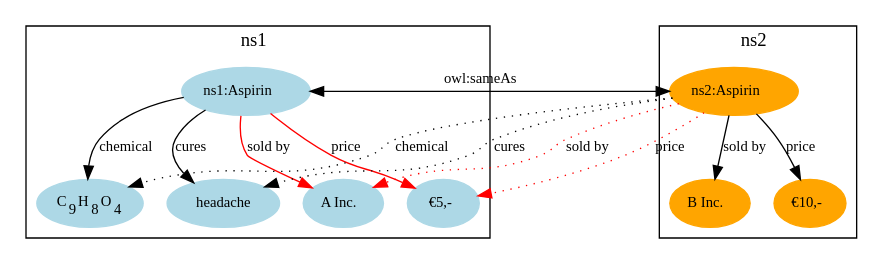
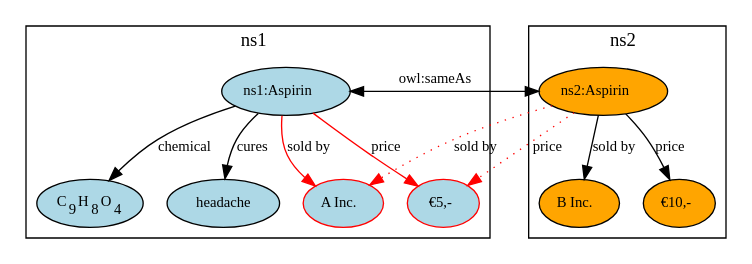
Before and after one commit to wouterbeek/wouterbeek.github.io: the diagram in img/identity_crisis4.dot, drawn with Graphviz. The commit also changed 2 other files, not shown here.

```diff
--- a/img/identity_crisis4.dot
+++ b/img/identity_crisis4.dot
@@ -1,43 +1,43 @@
 digraph identity_crisis4 {
   edge [fontsize=11.0];
   node [fontsize=11.0];
 
   subgraph cluster_ns1 {
     label=<ns1>;
-    node [color=lightblue,style=filled];
+    node [fillcolor=lightblue,style=filled];
 
     c9h8o4 [label=<C<SUB>9</SUB>H<SUB>8</SUB>O<SUB>4</SUB>>];
     ns1 [label=<ns1:Aspirin>];
     headache [label=<headache>];
-    ainc [label=<A Inc.>];
-    aprice [label=<€5,->];
+    ainc [color=red,label=<A Inc.>];
+    aprice [color=red,label=<€5,->];
 
     ns1 -> c9h8o4 [label=<chemical>];
     ns1 -> headache [label=<cures>];
     ns1 -> ainc [color="red",label=<sold by>];
     ns1 -> aprice [color="red",label=<price>];
   }
   
   subgraph cluster_ns2 {
     label=<ns2>;
-    node [color=orange,style=filled];
+    node [fillcolor=orange,style=filled];
 
     ns2 [label=<ns2:Aspirin>];
     binc [label=<B Inc.>];
     bprice [label=<€10,->];
     
     ns2 -> binc [label=<sold by>];
     ns2 -> bprice [label=<price>];
   }
 
   ns1 -> ns2 [dir="both",label=<owl:sameAs>];
 
   {
     edge [style="dotted"];
     
-    ns2 -> c9h8o4 [label=<chemical>];
-    ns2 -> headache [label=<cures>];
+    #ns2 -> c9h8o4 [label=<chemical>];
+    #ns2 -> headache [label=<cures>];
     ns2 -> ainc [color="red",label=<sold by>];
     ns2 -> aprice [color="red",label=<price>];   
   }
 }
```
